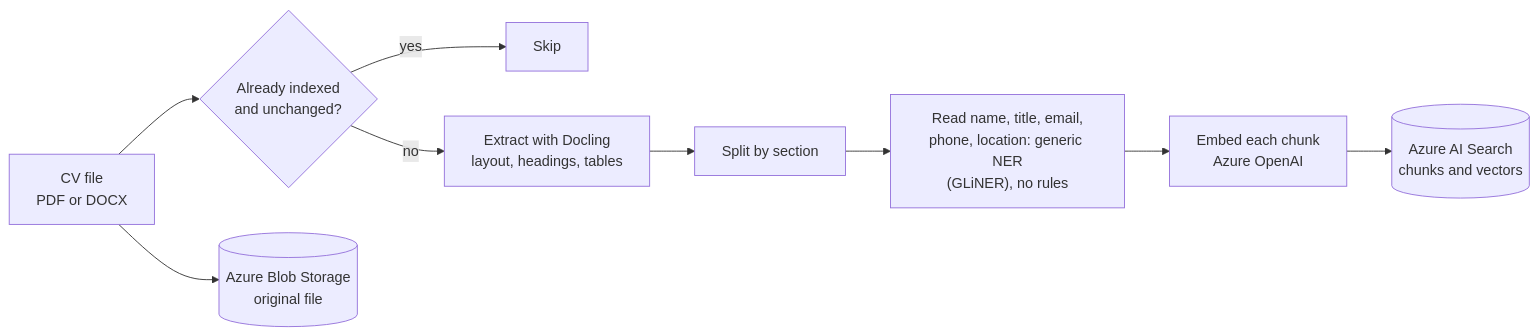
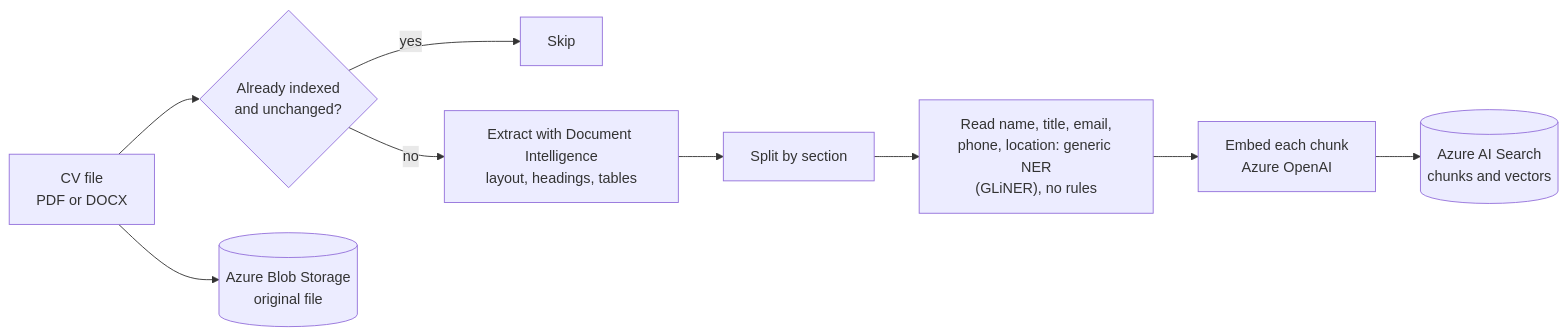
The first of 3 diagrams in README.md (sherif2004/chat-with-cv), drawn with Mermaid before and after one commit. The commit also changed other lines of this file and 6 other files, not shown here.

First line of the commit message:
Refactor CV extraction to use Azure Document Intelligence

````diff
--- a/README.md
+++ b/README.md
@@ -61,11 +61,11 @@
 ```mermaid
 flowchart LR
     A["CV file<br/>PDF or DOCX"] --> H{"Already indexed<br/>and unchanged?"}
     H -- yes --> Z["Skip"]
-    H -- no --> B["Extract with Docling<br/>layout, headings, tables"]
+    H -- no --> B["Extract with Document Intelligence<br/>layout, headings, tables"]
     B --> C["Split by section"]
     C --> M["Read name, title, email,<br/>phone, location: generic NER<br/>(GLiNER), no rules"]
     M --> D["Embed each chunk<br/>Azure OpenAI"]
     D --> E[("Azure AI Search<br/>chunks and vectors")]
     A --> F[("Azure Blob Storage<br/>original file")]
 ```
````
